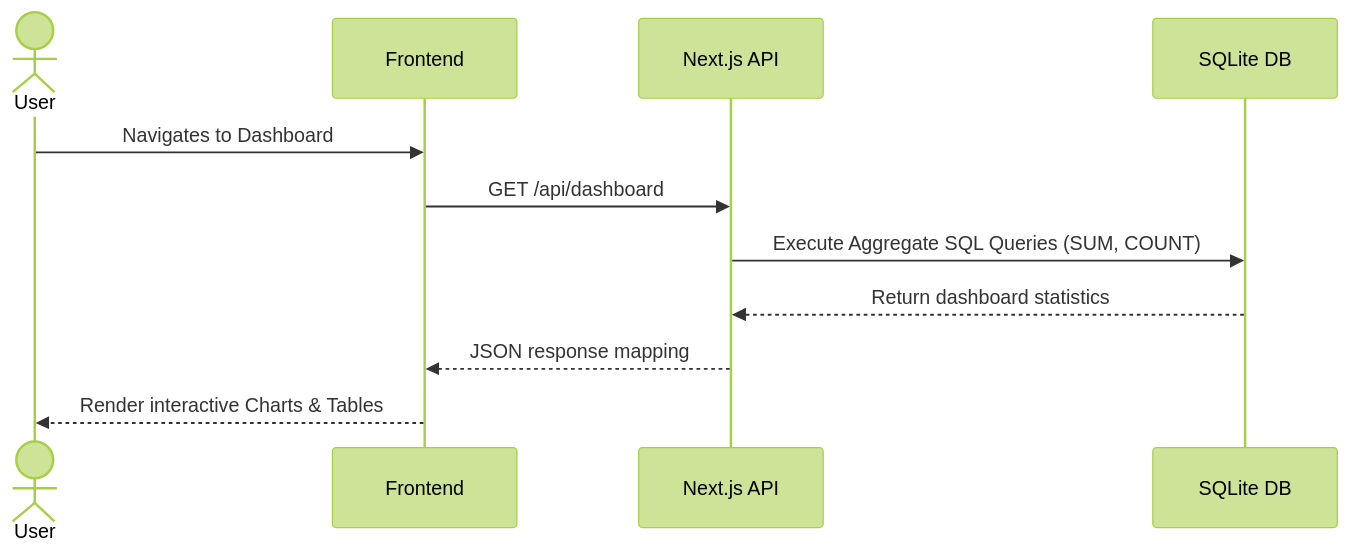
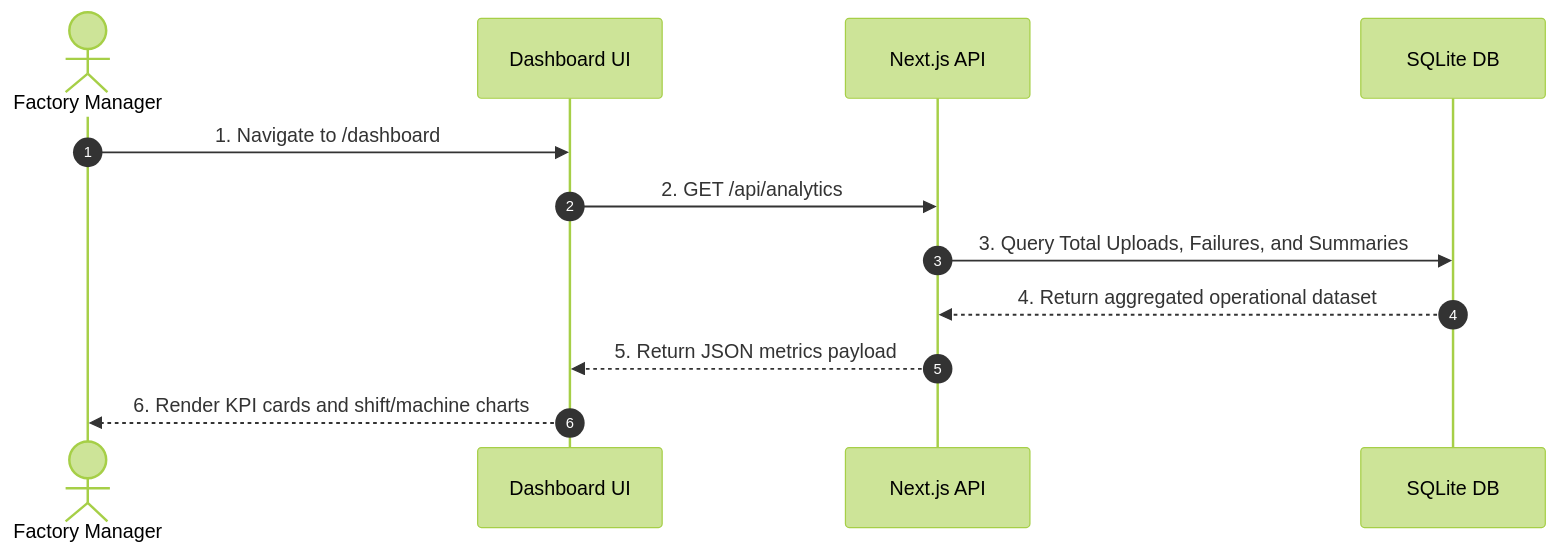
One commit to nanthitha25/biztelai changed the sixth of 8 diagrams in README.md. Above: the diagram before and after it, drawn with Mermaid (forest theme). The commit also changed other lines of this file, not shown here.

Commit message:
docs: Update Architecture and Sequence diagrams

````diff
--- a/README.md
+++ b/README.md
@@ -177,14 +163,15 @@
 ```mermaid
 sequenceDiagram
-    actor User
-    participant UI as Frontend
+    autonumber
+    actor Manager as Factory Manager
+    participant UI as Dashboard UI
     participant API as Next.js API
     participant DB as SQLite DB
 
-    User->>UI: Navigates to Dashboard
-    UI->>API: GET /api/dashboard
-    API->>DB: Execute Aggregate SQL Queries (SUM, COUNT)
-    DB-->>API: Return dashboard statistics
-    API-->>UI: JSON response mapping
-    UI-->>User: Render interactive Charts & Tables
+    Manager->>UI: 1. Navigate to /dashboard
+    UI->>API: 2. GET /api/analytics
+    API->>DB: 3. Query Total Uploads, Failures, and Summaries
+    DB-->>API: 4. Return aggregated operational dataset
+    API-->>UI: 5. Return JSON metrics payload
+    UI-->>Manager: 6. Render KPI cards and shift/machine charts
 ```
````
